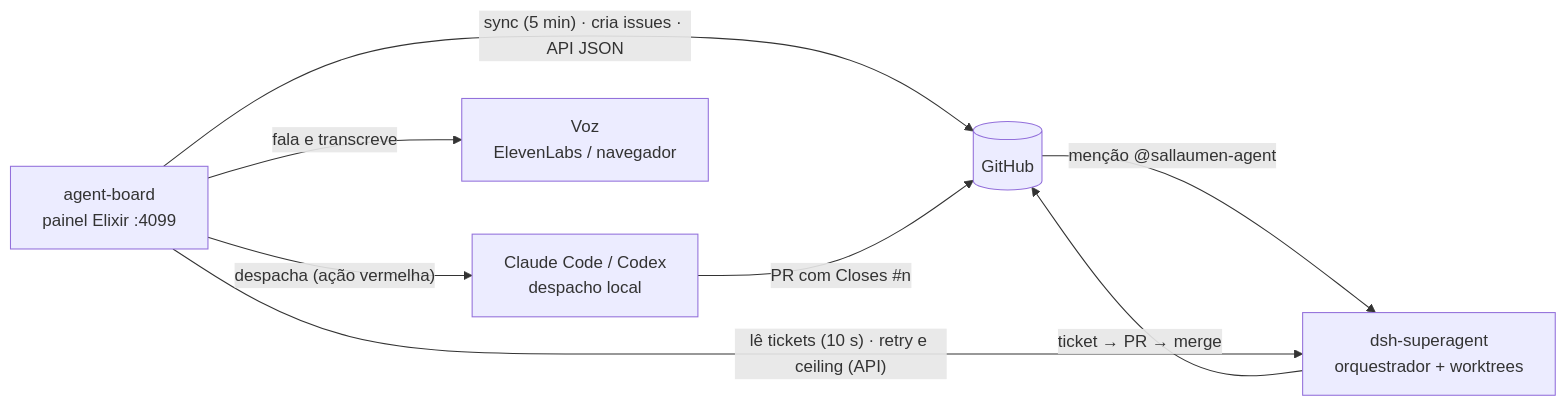
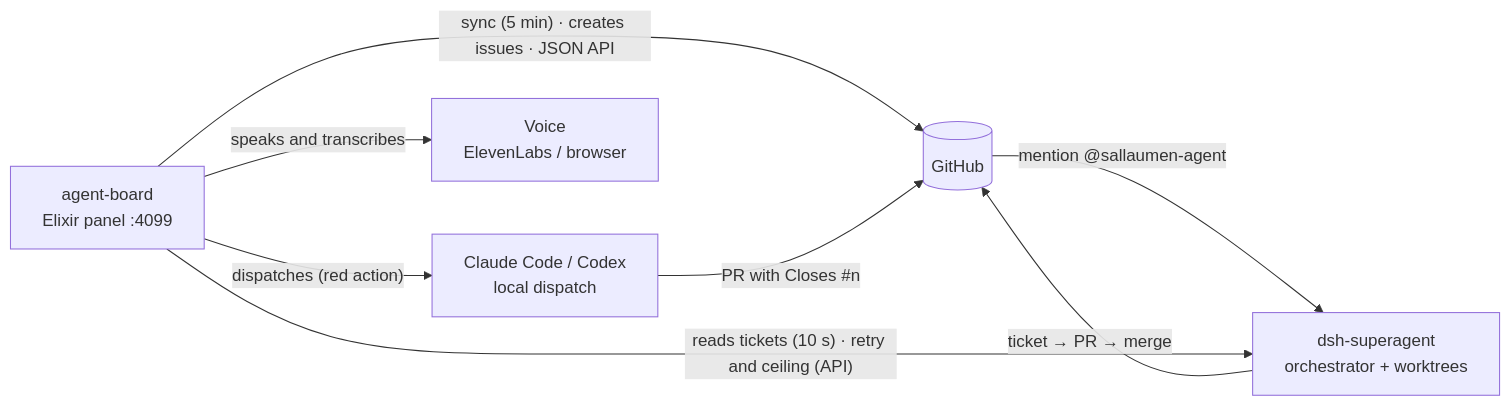
Before and after one commit to sallaumen/dsh-superagent-superboard: the diagram in README.md, drawn with Mermaid. The commit also changed other lines of this file and 34 other files, not shown here.

````diff
--- a/README.md
+++ b/README.md
@@ -31,16 +31,16 @@
 ```mermaid
 flowchart LR
     GH[(GitHub)]
-    A[dsh-superagent<br/>orquestrador + worktrees]
-    B[agent-board<br/>painel Elixir :4099]
-    E[Claude Code / Codex<br/>despacho local]
-    V[Voz<br/>ElevenLabs / navegador]
+    A[dsh-superagent<br/>orchestrator + worktrees]
+    B[agent-board<br/>Elixir panel :4099]
+    E[Claude Code / Codex<br/>local dispatch]
+    V[Voice<br/>ElevenLabs / browser]
 
-    GH -- "menção @sallaumen-agent" --> A
+    GH -- "mention @sallaumen-agent" --> A
     A -- "ticket → PR → merge" --> GH
-    B -- "sync (5 min) · cria issues · API JSON" --> GH
-    B -- "lê tickets (10 s) · retry e ceiling (API)" --> A
-    B -- "despacha (ação vermelha)" --> E
-    E -- "PR com Closes #n" --> GH
-    B -- "fala e transcreve" --> V
+    B -- "sync (5 min) · creates issues · JSON API" --> GH
+    B -- "reads tickets (10 s) · retry and ceiling (API)" --> A
+    B -- "dispatches (red action)" --> E
+    E -- "PR with Closes #n" --> GH
+    B -- "speaks and transcribes" --> V
 ```
````
